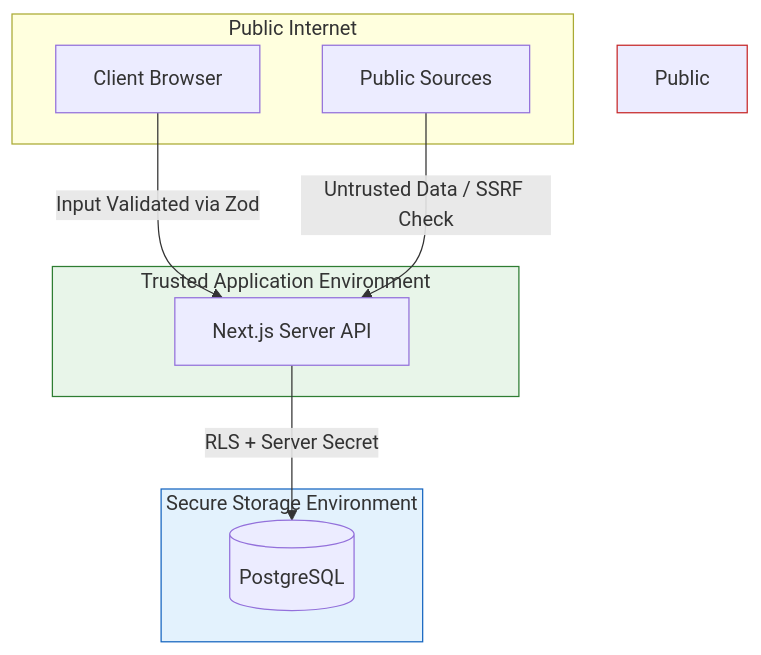
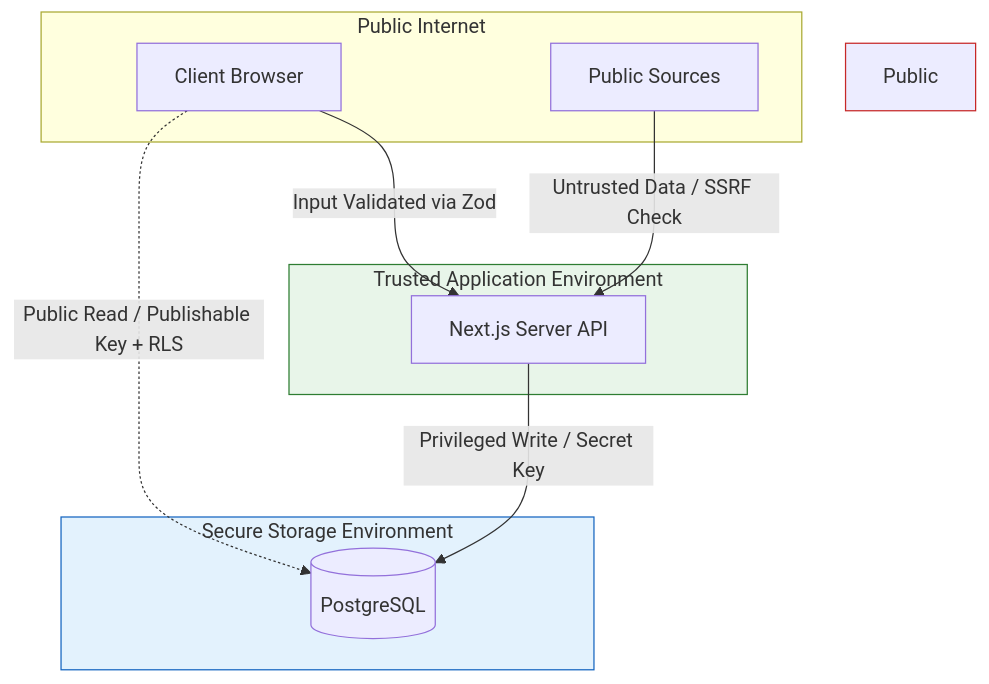
One commit to PavithraMohan-Hub/Finding_Memory_AI_Discovery_Engine changed the tenth of 10 diagrams in docs/Architecture.md. Above: the diagram before and after it, drawn with Mermaid. The commit also changed other lines of this file and 7 other files, not shown here.

````diff
--- a/docs/Architecture.md
+++ b/docs/Architecture.md
@@ -474,23 +475,24 @@
 ```mermaid
 graph TD
     subgraph Public Internet
         Browser[Client Browser]
         Sources[Public Sources]
     end
     
     subgraph Vercel [Trusted Application Environment]
         API[Next.js Server API]
     end
     
     subgraph Supabase [Secure Storage Environment]
         DB[(PostgreSQL)]
     end
     
     Browser -->|Input Validated via Zod| API
     Sources -->|Untrusted Data / SSRF Check| API
-    API -->|RLS + Server Secret| DB
+    API -->|Privileged Write / Secret Key| DB
+    Browser -.->|Public Read / Publishable Key + RLS| DB
     
     style Public Internet fill:#ffebee,stroke:#c62828
     style Vercel fill:#e8f5e9,stroke:#2e7d32
     style Supabase fill:#e3f2fd,stroke:#1565c0
 ```
````
